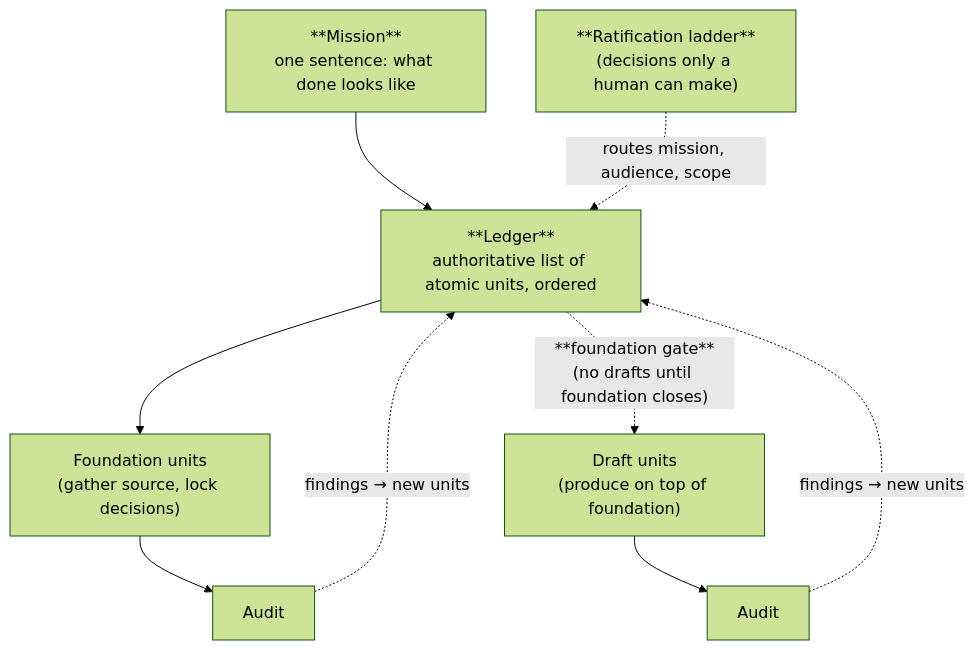
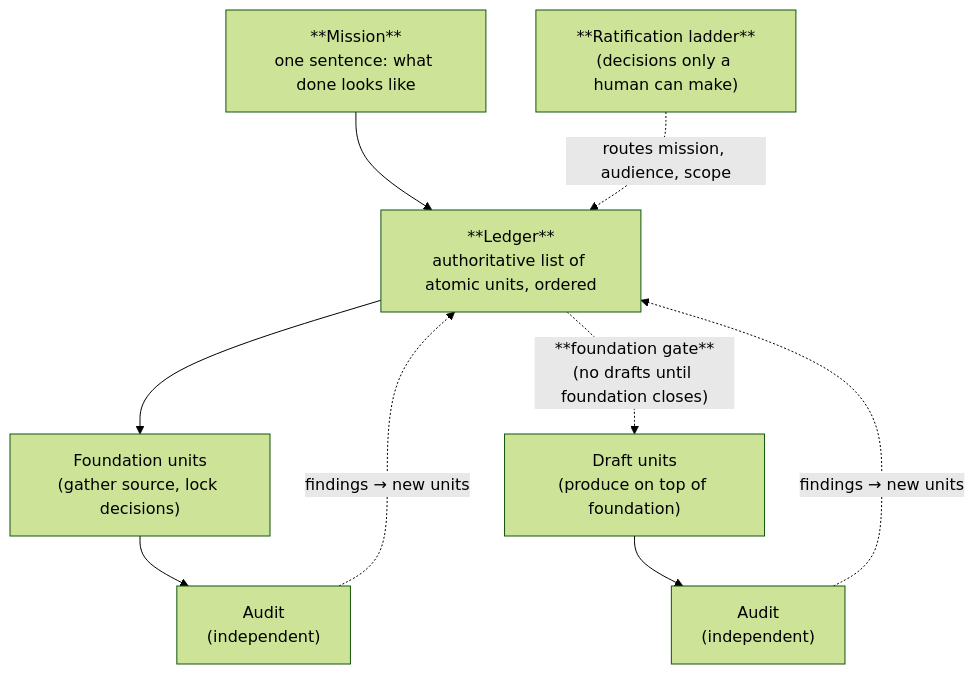
One commit to RohitDashora/gotm-framework-for-agentic-development changed the first of 2 diagrams in docs/01-what-is-gotm.md. Above: the diagram before and after it, drawn with Mermaid (forest theme). The commit also changed other lines of this file and 12 other files, not shown here.

````diff
--- a/docs/01-what-is-gotm.md
+++ b/docs/01-what-is-gotm.md
@@ -34,22 +34,22 @@
 ```mermaid
 flowchart TB
     Mission["**Mission**<br/>one sentence: what done looks like"]
     Ledger["**Ledger**<br/>authoritative list of atomic units, ordered"]
     Mission --> Ledger
 
     Foundation["Foundation units<br/>(gather source, lock decisions)"]
     Drafts["Draft units<br/>(produce on top of foundation)"]
     Ledger --> Foundation
     Ledger -.->|"**foundation gate**<br/>(no drafts until foundation closes)"| Drafts
 
-    AuditF["Audit"]
-    AuditD["Audit"]
+    AuditF["Audit<br/>(independent)"]
+    AuditD["Audit<br/>(independent)"]
     Foundation --> AuditF
     Drafts --> AuditD
 
     AuditF -.->|"findings → new units"| Ledger
     AuditD -.->|"findings → new units"| Ledger
 
     Rat["**Ratification ladder**<br/>(decisions only a human can make)"]
     Rat -.->|"routes mission, audience, scope"| Ledger
 ```
````
